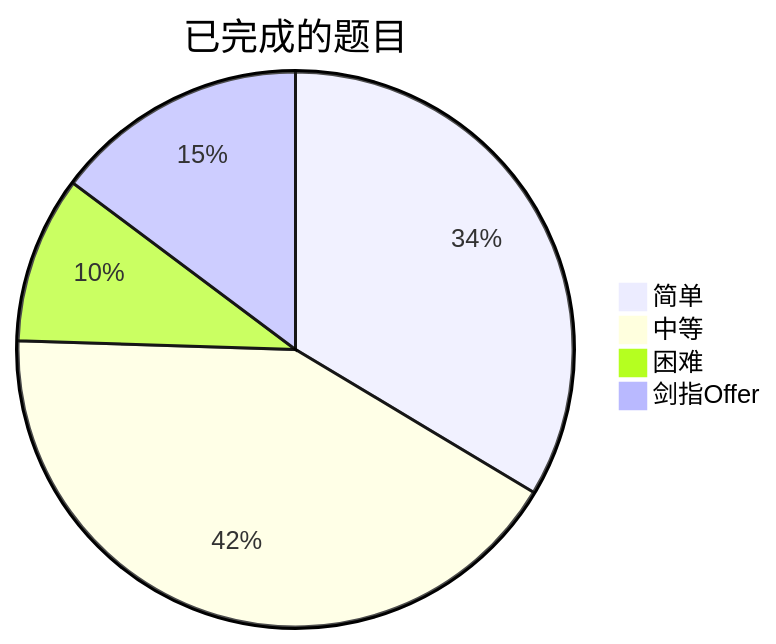
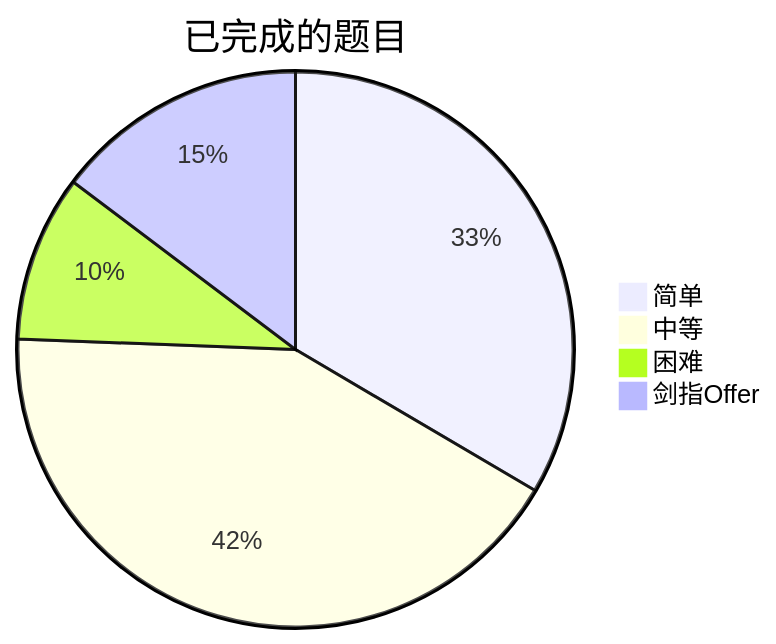
One commit to kaisa911/LeetCode changed the diagram in README.md. Above: the diagram before and after it, drawn with Mermaid. The commit also changed other lines of this file and 5 other files, not shown here.

````diff
--- a/README.md
+++ b/README.md
@@ -9,7 +9,7 @@
 ```mermaid
 pie title 已完成的题目
     "简单" : 166
-    "中等" : 207
+    "中等" : 209
     "困难" : 48
     "剑指Offer" : 73
 ```
````
